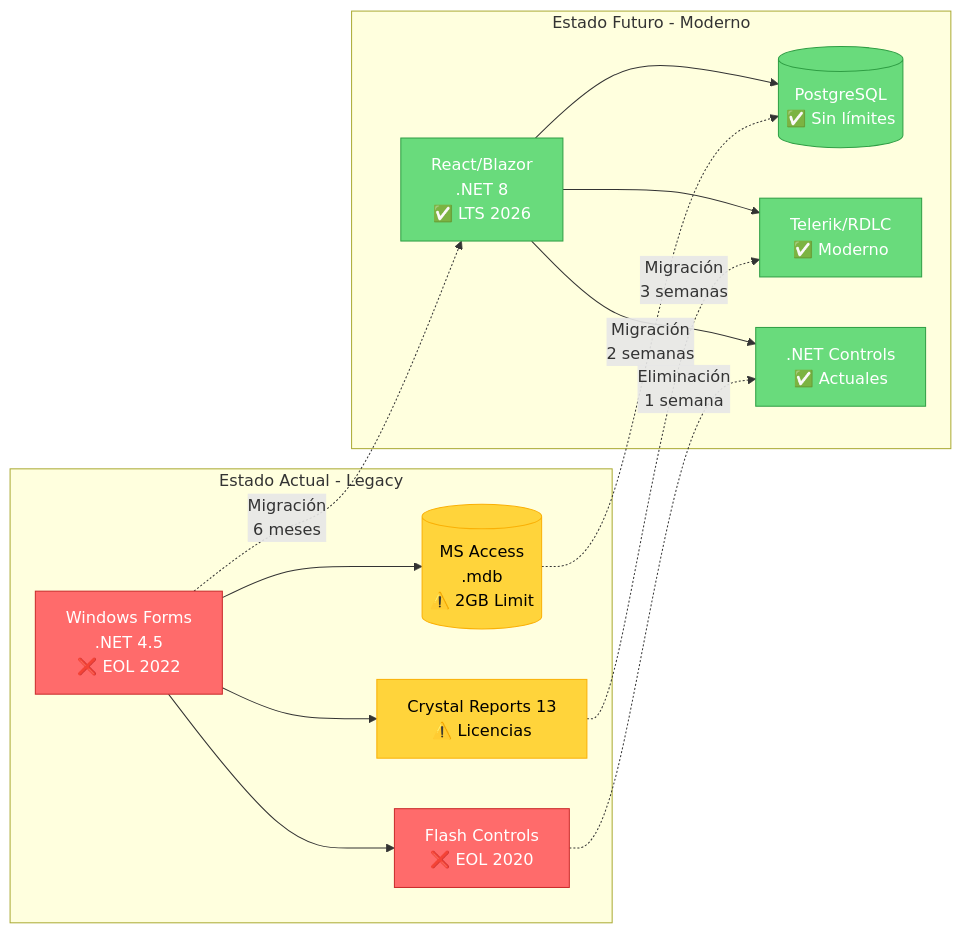
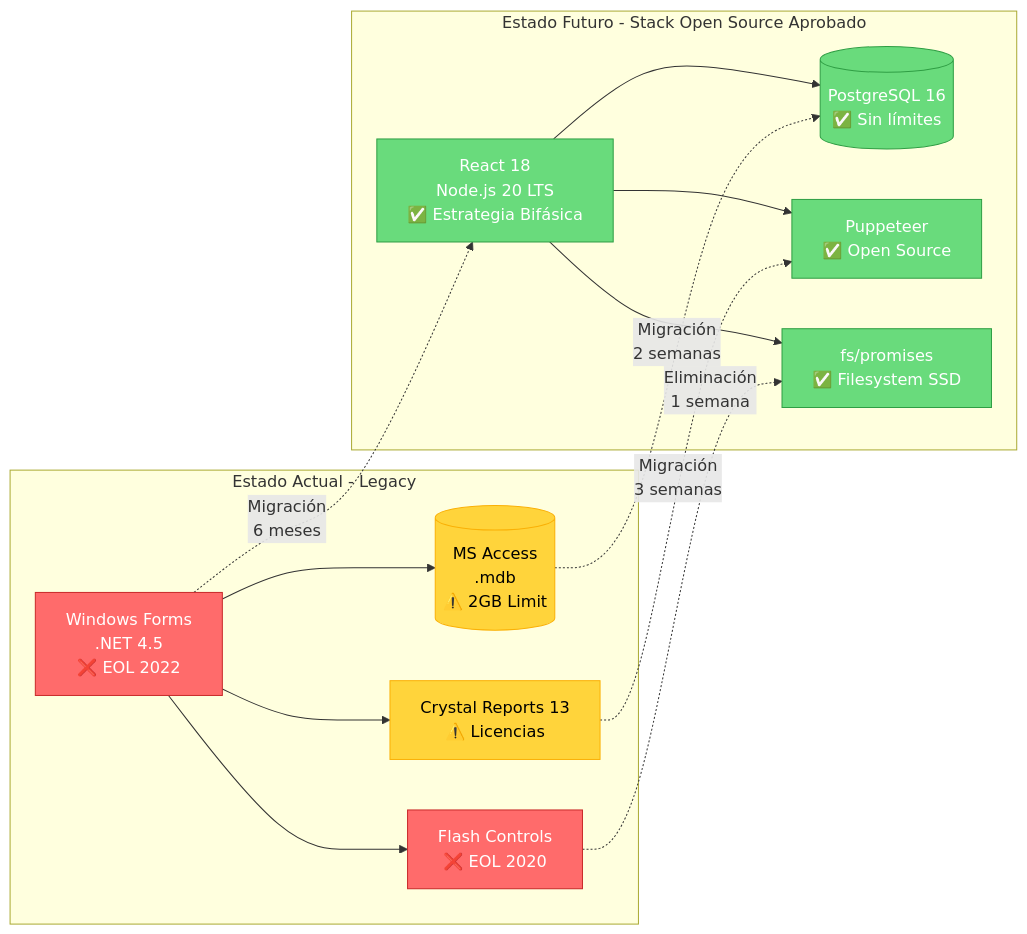
Before and after one commit to dleonsystem/sep_evaluacion_diagnostica: the ninth of 19 diagrams in DASHBOARD_VISUAL.md, drawn with Mermaid. The commit also changed other lines of this file and 6 other files, not shown here.

First line of the commit message:
feat: migrate from MinIO and Redis to Filesystem SSD and node-cache

````diff
--- a/DASHBOARD_VISUAL.md
+++ b/DASHBOARD_VISUAL.md
@@ -226,38 +226,38 @@
 ```mermaid
 graph LR
     subgraph "Estado Actual - Legacy"
         A1[Windows Forms<br/>.NET 4.5<br/>❌ EOL 2022]
         A2[(MS Access<br/>.mdb<br/>⚠️ 2GB Limit)]
         A3[Crystal Reports 13<br/>⚠️ Licencias]
         A4[Flash Controls<br/>❌ EOL 2020]
         
         A1 --> A2
         A1 --> A3
         A1 --> A4
     end
     
-    subgraph "Estado Futuro - Moderno"
-        B1[React/Blazor<br/>.NET 8<br/>✅ LTS 2026]
-        B2[(PostgreSQL<br/>✅ Sin límites)]
-        B3[Telerik/RDLC<br/>✅ Moderno]
-        B4[.NET Controls<br/>✅ Actuales]
+    subgraph "Estado Futuro - Stack Open Source Aprobado"
+        B1[React 18<br/>Node.js 20 LTS<br/>✅ Estrategia Bifásica]
+        B2[(PostgreSQL 16<br/>✅ Sin límites)]
+        B3[Puppeteer<br/>✅ Open Source]
+        B4[fs/promises<br/>✅ Filesystem SSD]
         
         B1 --> B2
         B1 --> B3
         B1 --> B4
     end
     
     A1 -.Migración<br/>6 meses.-> B1
     A2 -.Migración<br/>2 semanas.-> B2
     A3 -.Migración<br/>3 semanas.-> B3
     A4 -.Eliminación<br/>1 semana.-> B4
     
     style A1 fill:#ff6b6b,stroke:#c92a2a,color:#fff
     style A2 fill:#ffd43b,stroke:#fab005,color:#000
     style A3 fill:#ffd43b,stroke:#fab005,color:#000
     style A4 fill:#ff6b6b,stroke:#c92a2a,color:#fff
     style B1 fill:#69db7c,stroke:#2f9e44,color:#fff
     style B2 fill:#69db7c,stroke:#2f9e44,color:#fff
     style B3 fill:#69db7c,stroke:#2f9e44,color:#fff
     style B4 fill:#69db7c,stroke:#2f9e44,color:#fff
 ```
````
